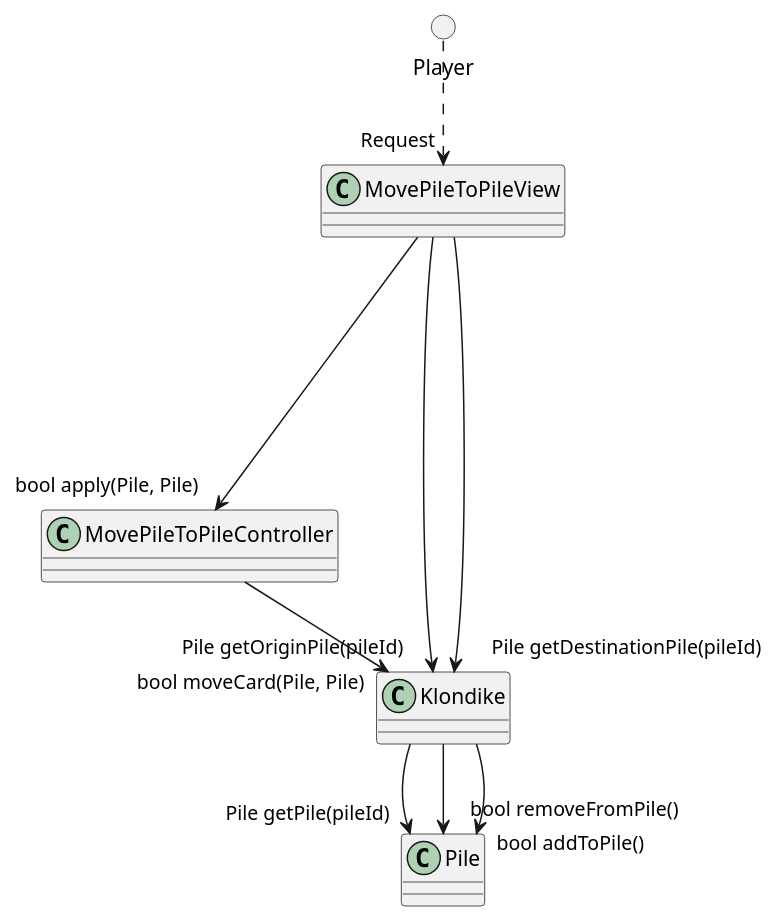
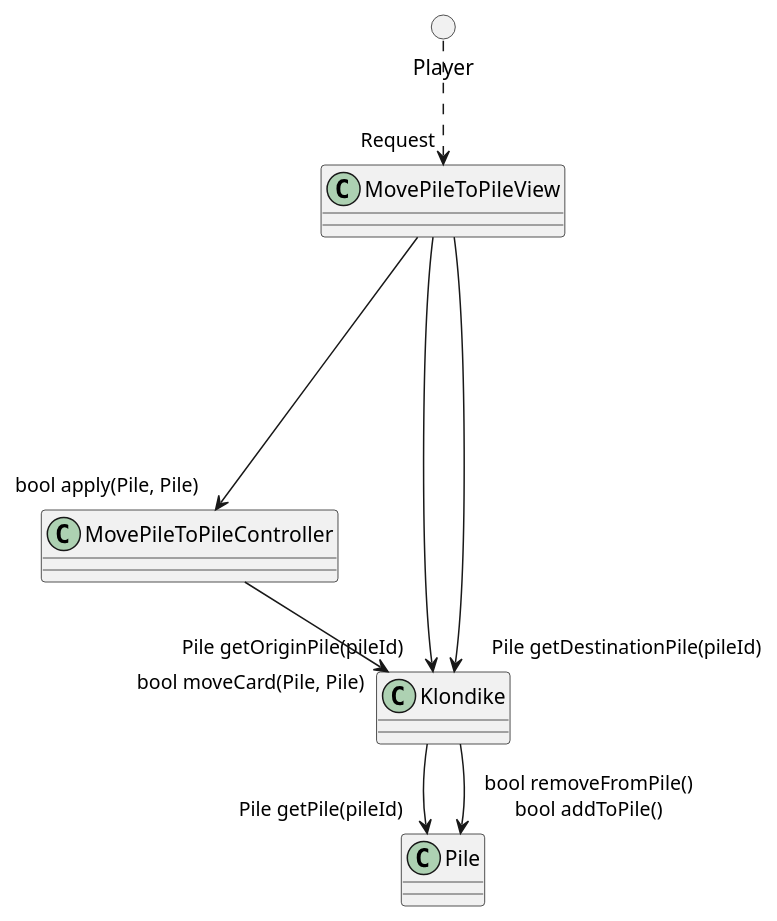
The diagram in analysis/collaboration/MovePileToPile.puml (ciscoruiz/klondike), drawn with PlantUML before and after one commit.

Commit message:
Improve diagram readability

```diff
--- a/analysis/collaboration/MovePileToPile.puml
+++ b/analysis/collaboration/MovePileToPile.puml
@@ -1,19 +1,18 @@
 @startuml
 class MovePileToPileView
 class MovePileToPileController
 class Klondike
 class Pile
 circle Player
 
 Player ..> "Request" MovePileToPileView
 
 MovePileToPileView --> "Pile getOriginPile(pileId)" Klondike
 MovePileToPileView --> "Pile getDestinationPile(pileId)" Klondike
 Klondike --> "Pile getPile(pileId)" Pile
 
 MovePileToPileView ----> "bool apply(Pile, Pile)" MovePileToPileController
 
 MovePileToPileController --> "bool moveCard(Pile, Pile)" Klondike
-Klondike --> "bool removeFromPile()" Pile
-Klondike --> "bool addToPile()" Pile
+Klondike --> "bool removeFromPile()\nbool addToPile()" Pile
 @enduml
```
